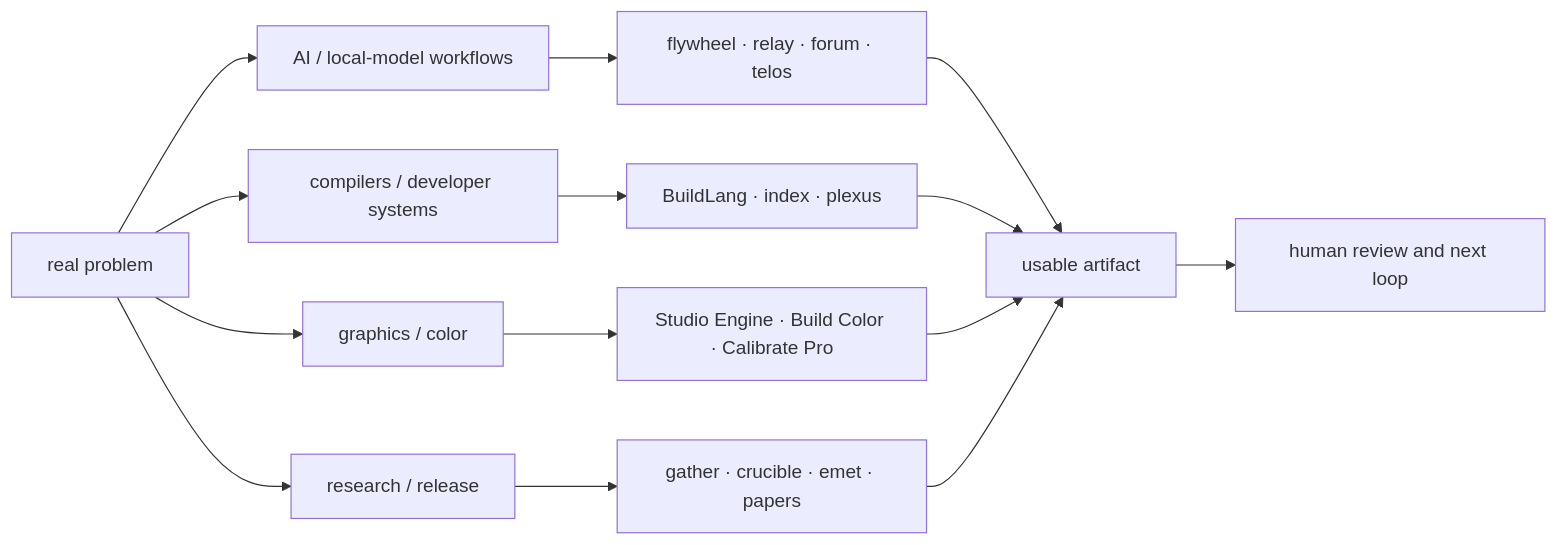
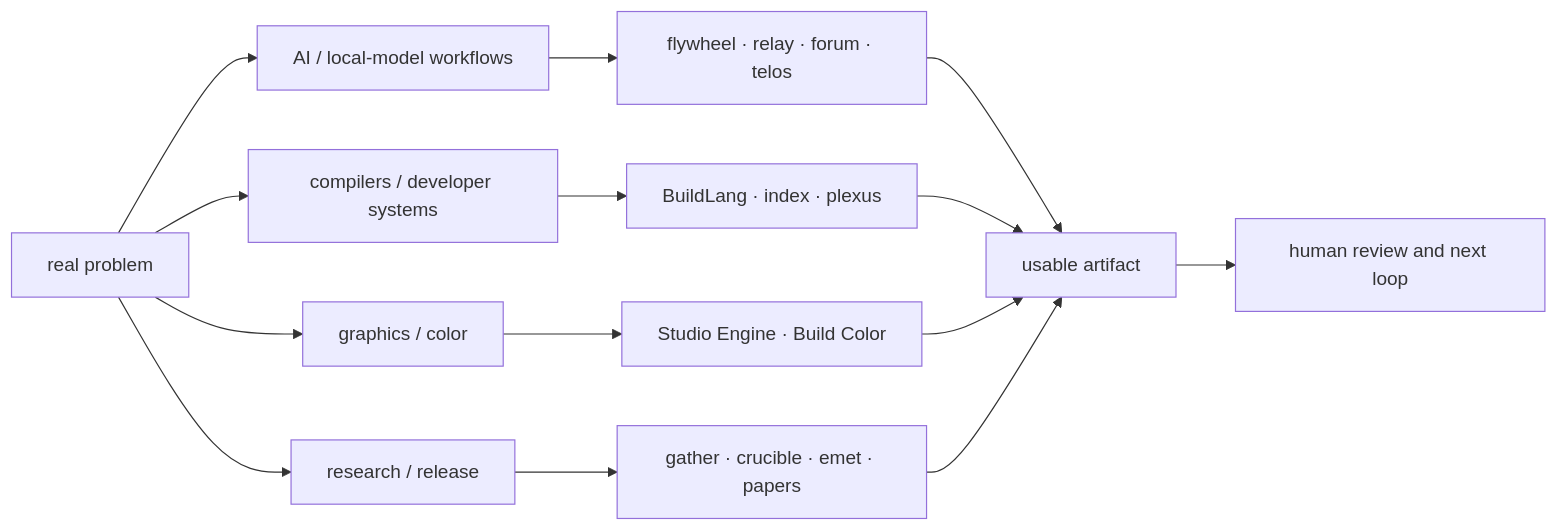
One commit to HarperZ9/HarperZ9 changed the diagram in README.md. Above: the diagram before and after it, drawn with Mermaid. The commit also changed other lines of this file, not shown here.

Commit message:
Withhold Calibrate Pro from profile promotion

````diff
--- a/README.md
+++ b/README.md
@@ -84,16 +83,16 @@
 ```mermaid
 flowchart LR
     problem["real problem"] --> models["AI / local-model workflows"]
     problem --> systems["compilers / developer systems"]
     problem --> visuals["graphics / color"]
     problem --> research["research / release"]
     models --> tools["flywheel · relay · forum · telos"]
     systems --> compiler["BuildLang · index · plexus"]
-    visuals --> art["Studio Engine · Build Color · Calibrate Pro"]
+    visuals --> art["Studio Engine · Build Color"]
     research --> evidence["gather · crucible · emet · papers"]
     tools --> artifact["usable artifact"]
     compiler --> artifact
     art --> artifact
     evidence --> artifact
     artifact --> human["human review and next loop"]
 ```
````
